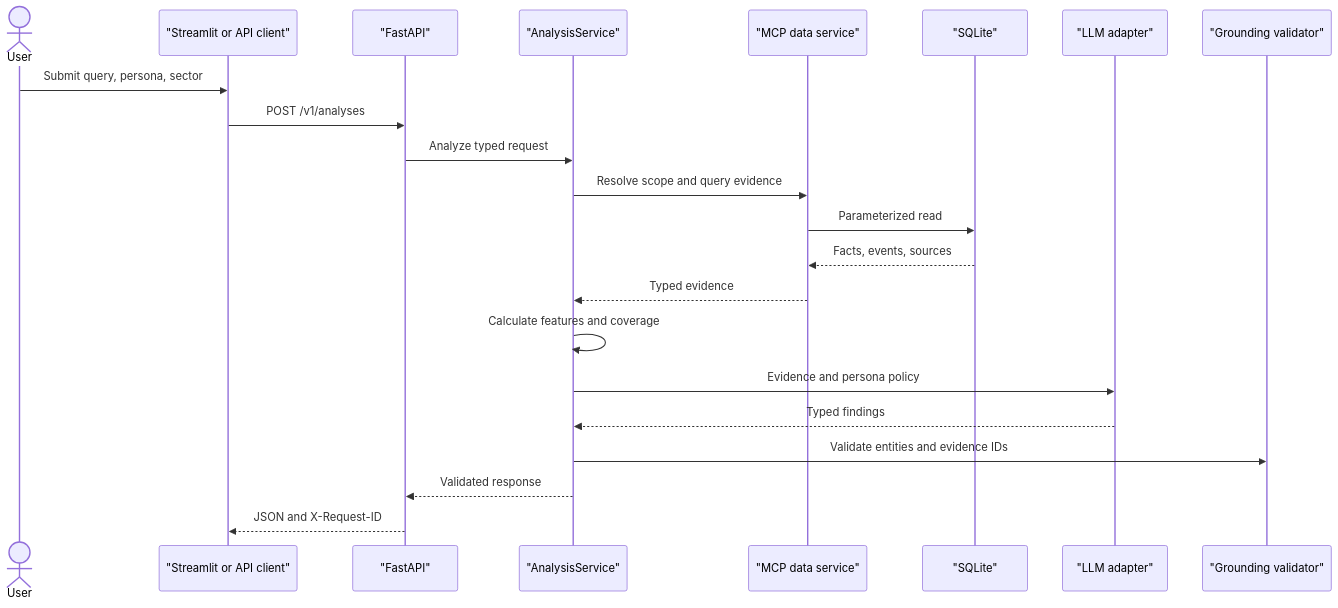
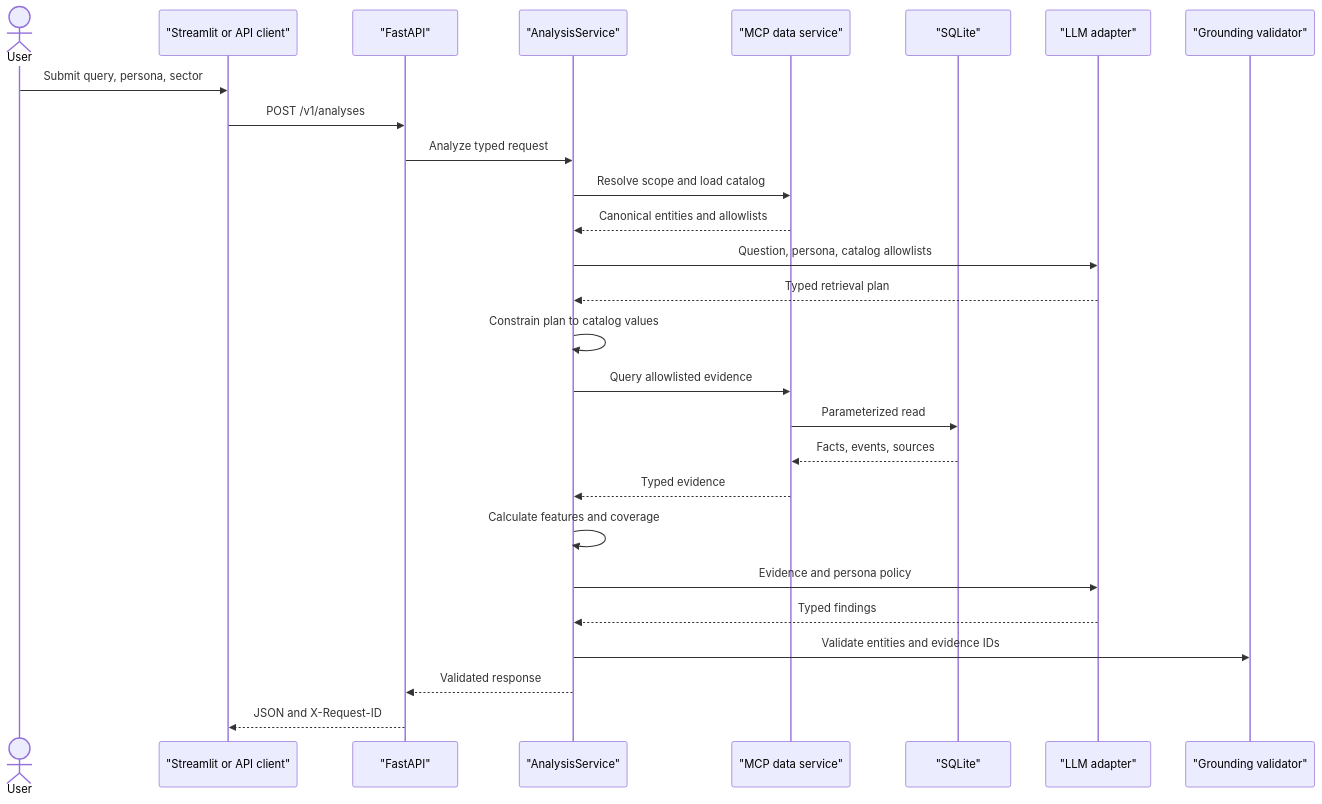
One commit to salujajaskeerat/FinAgent changed the third of 3 diagrams in docs/DESIGN.md. Above: the diagram before and after it, drawn with Mermaid. The commit also changed other lines of this file and 13 other files, not shown here.

````diff
--- a/docs/DESIGN.md
+++ b/docs/DESIGN.md
@@ -123,25 +133,30 @@
 ```mermaid
 sequenceDiagram
     actor User
     participant Client as "Streamlit or API client"
     participant API as "FastAPI"
     participant Agent as "AnalysisService"
     participant MCP as "MCP data service"
     participant DB as "SQLite"
     participant LLM as "LLM adapter"
     participant Validator as "Grounding validator"
 
     User->>Client: Submit query, persona, sector
     Client->>API: POST /v1/analyses
     API->>Agent: Analyze typed request
-    Agent->>MCP: Resolve scope and query evidence
+    Agent->>MCP: Resolve scope and load catalog
+    MCP-->>Agent: Canonical entities and allowlists
+    Agent->>LLM: Question, persona, catalog allowlists
+    LLM-->>Agent: Typed retrieval plan
+    Agent->>Agent: Constrain plan to catalog values
+    Agent->>MCP: Query allowlisted evidence
     MCP->>DB: Parameterized read
     DB-->>MCP: Facts, events, sources
     MCP-->>Agent: Typed evidence
     Agent->>Agent: Calculate features and coverage
     Agent->>LLM: Evidence and persona policy
     LLM-->>Agent: Typed findings
     Agent->>Validator: Validate entities and evidence IDs
     Agent-->>API: Validated response
     API-->>Client: JSON and X-Request-ID
 ```
````
